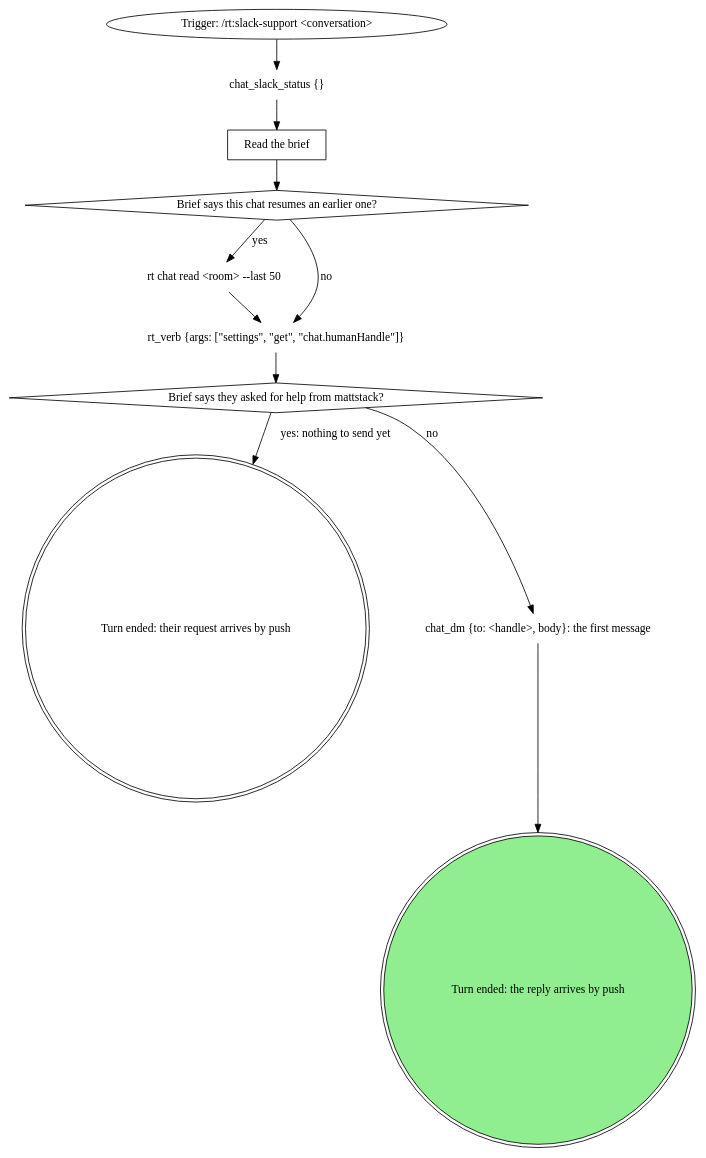
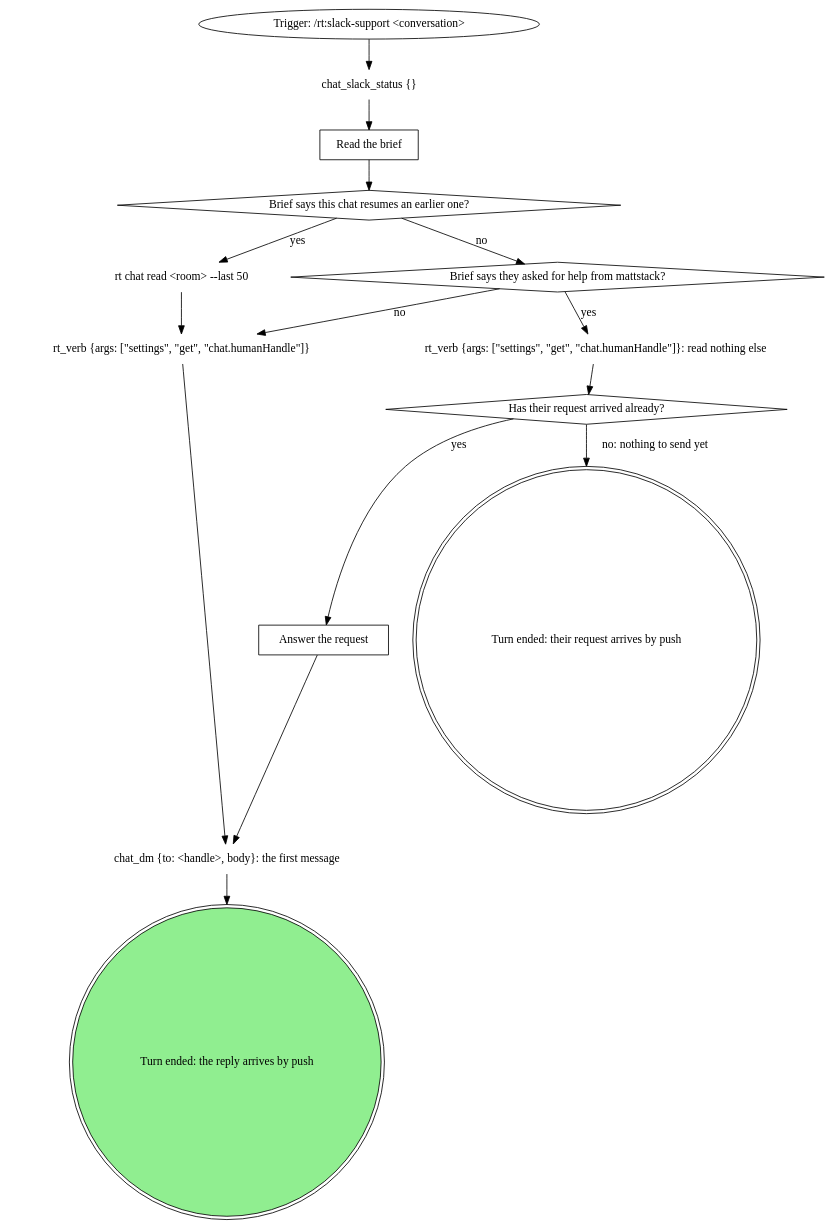
The first of 2 diagrams in skills/rt-slack-support/SKILL.md (m4ttstack/mattstack), drawn with Graphviz before and after one commit. The commit also changed other lines of this file and 8 other files, not shown here.

Commit message:
support: accept needs a tap on this Mac, the role is claimed every minute, a resumed chat still speaks first

````diff
--- a/skills/rt-slack-support/SKILL.md
+++ b/skills/rt-slack-support/SKILL.md
@@ -56,27 +56,34 @@
 ```dot
 digraph slack_support_open {
     rankdir=TB;
 
     trigger [label="Trigger: /rt:slack-support <conversation>" shape=ellipse];
     chat_slack_status [label="chat_slack_status {}" shape=plaintext];
     read_brief [label="Read the brief" shape=box];
     resumes_earlier [label="Brief says this chat resumes an earlier one?" shape=diamond];
     rt_chat_read [label="rt chat read <room> --last 50" shape=plaintext];
     rt_verb_handle [label="rt_verb {args: [\"settings\", \"get\", \"chat.humanHandle\"]}" shape=plaintext];
     from_mattstack [label="Brief says they asked for help from mattstack?" shape=diamond];
+    rt_verb_handle_request [label="rt_verb {args: [\"settings\", \"get\", \"chat.humanHandle\"]}: read nothing else" shape=plaintext];
+    request_here [label="Has their request arrived already?" shape=diamond];
+    answer_now [label="Answer the request" shape=box];
     waiting_request [label="Turn ended: their request arrives by push" shape=doublecircle];
     chat_dm_first [label="chat_dm {to: <handle>, body}: the first message" shape=plaintext];
     waiting_first [label="Turn ended: the reply arrives by push" shape=doublecircle style=filled fillcolor=lightgreen];
 
     trigger -> chat_slack_status;
     chat_slack_status -> read_brief;
     read_brief -> resumes_earlier;
     resumes_earlier -> rt_chat_read [label="yes"];
-    resumes_earlier -> rt_verb_handle [label="no"];
+    resumes_earlier -> from_mattstack [label="no"];
+    from_mattstack -> rt_verb_handle_request [label="yes"];
+    from_mattstack -> rt_verb_handle [label="no"];
+    rt_verb_handle_request -> request_here;
+    request_here -> answer_now [label="yes"];
+    request_here -> waiting_request [label="no: nothing to send yet"];
+    answer_now -> chat_dm_first;
     rt_chat_read -> rt_verb_handle;
-    rt_verb_handle -> from_mattstack;
-    from_mattstack -> waiting_request [label="yes: nothing to send yet"];
-    from_mattstack -> chat_dm_first [label="no"];
+    rt_verb_handle -> chat_dm_first;
     chat_dm_first -> waiting_first;
 }
 ```
````
